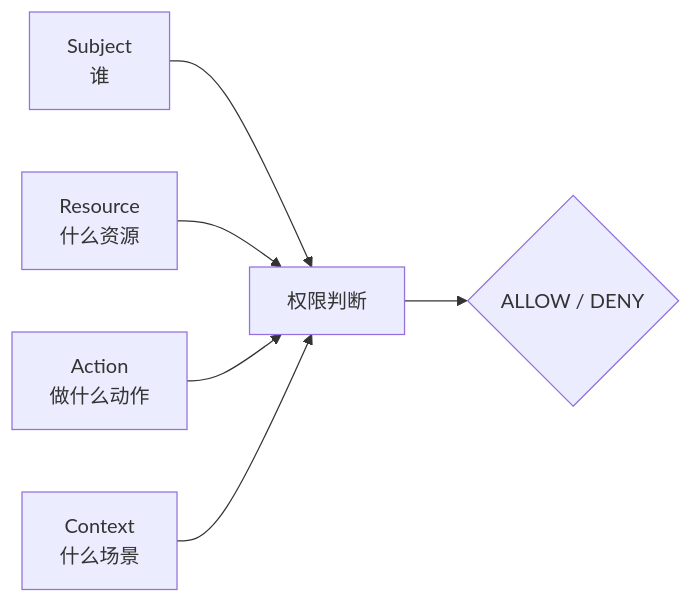
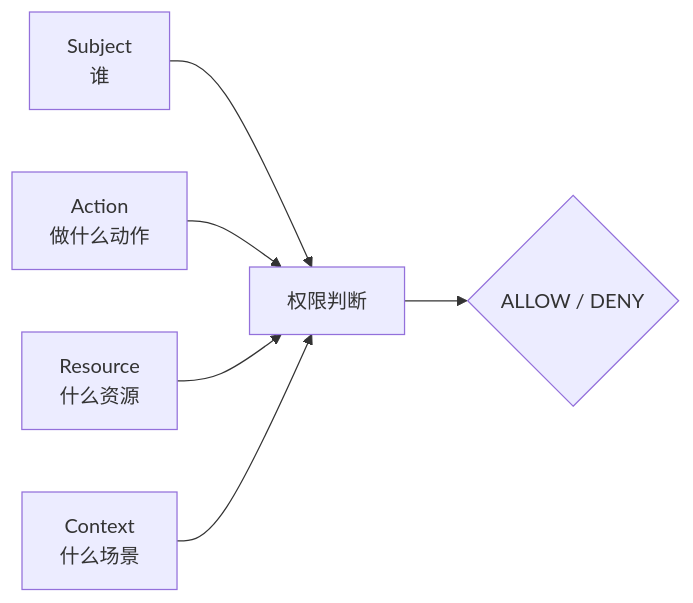
Before and after one commit to xuning117634-ux/auth-design-spec: the first of 6 diagrams in docs/final_design/07_通用权限模型与管理员旅程.md, drawn with Mermaid. The commit also changed other lines of this file and 1 other file, not shown here.

````diff
--- a/docs/final_design/07_通用权限模型与管理员旅程.md
+++ b/docs/final_design/07_通用权限模型与管理员旅程.md
@@ -62,8 +62,8 @@
 ```mermaid
 flowchart LR
     Subject["Subject<br/>谁"] --> Check["权限判断"]
+    Action["Action<br/>做什么动作"] --> Check
     Resource["Resource<br/>什么资源"] --> Check
-    Action["Action<br/>做什么动作"] --> Check
     Context["Context<br/>什么场景"] --> Check
     Check --> Decision{"ALLOW / DENY"}
 ```
````
